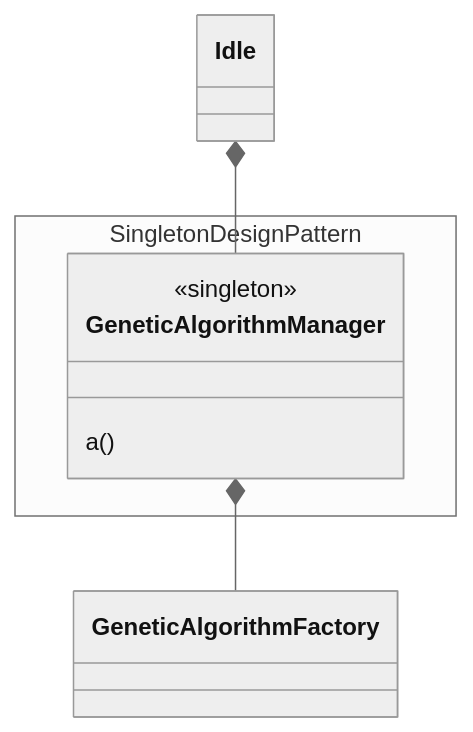
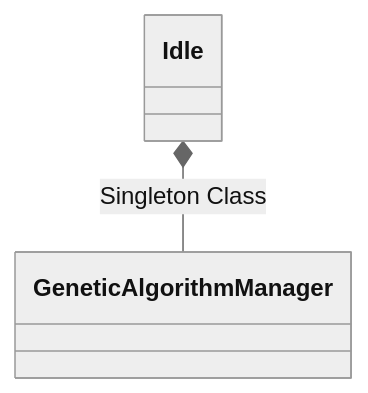
The diagram in readme.md (atagunay/knapsack), drawn with Mermaid (neutral theme) before and after one commit.

Commit message:
[improvement] Update readme

````diff
--- a/readme.md
+++ b/readme.md
@@ -106,12 +106,4 @@
 ```mermaid
 classDiagram
-  Idle *-- GeneticAlgorithmManager
-  GeneticAlgorithmManager *-- GeneticAlgorithmFactory
-  
-    namespace Singleton Design Pattern {
-        class GeneticAlgorithmManager {
-            <<singleton>>
-            a()
-        }
-    }
+    Idle *-- GeneticAlgorithmManager : Singleton Class
 ```
````
